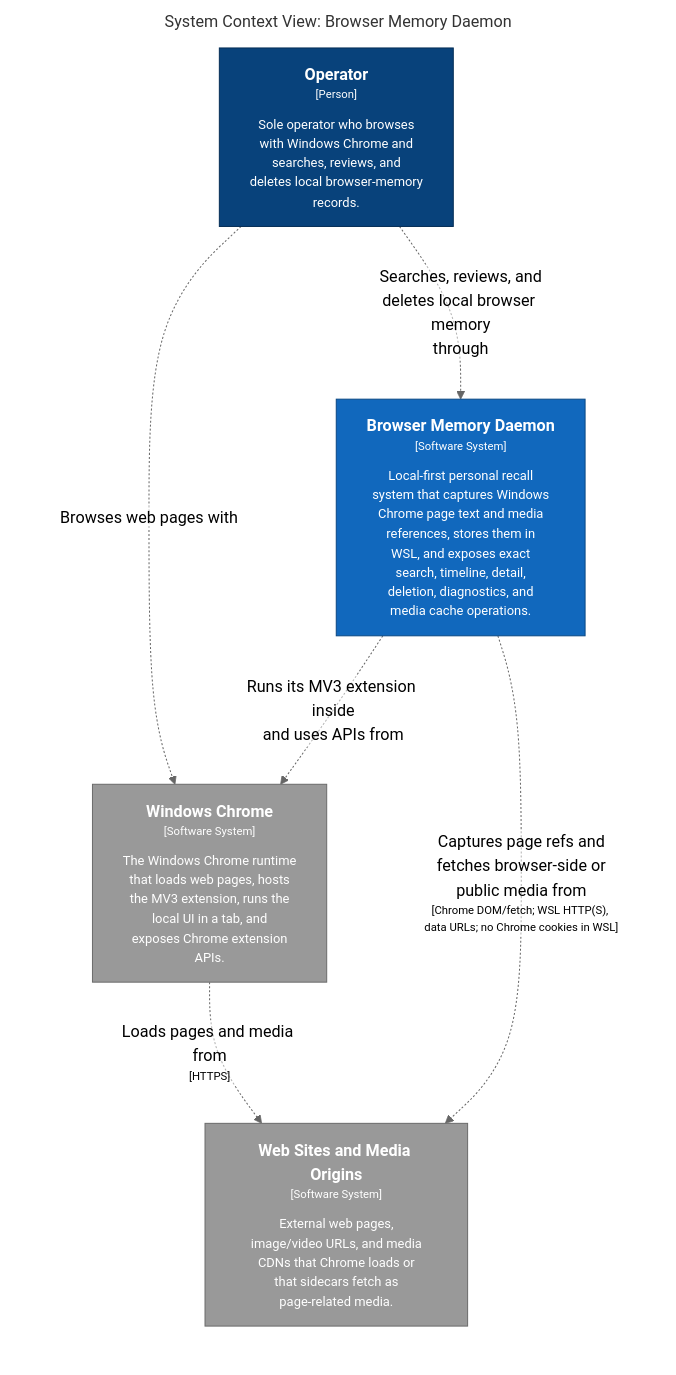
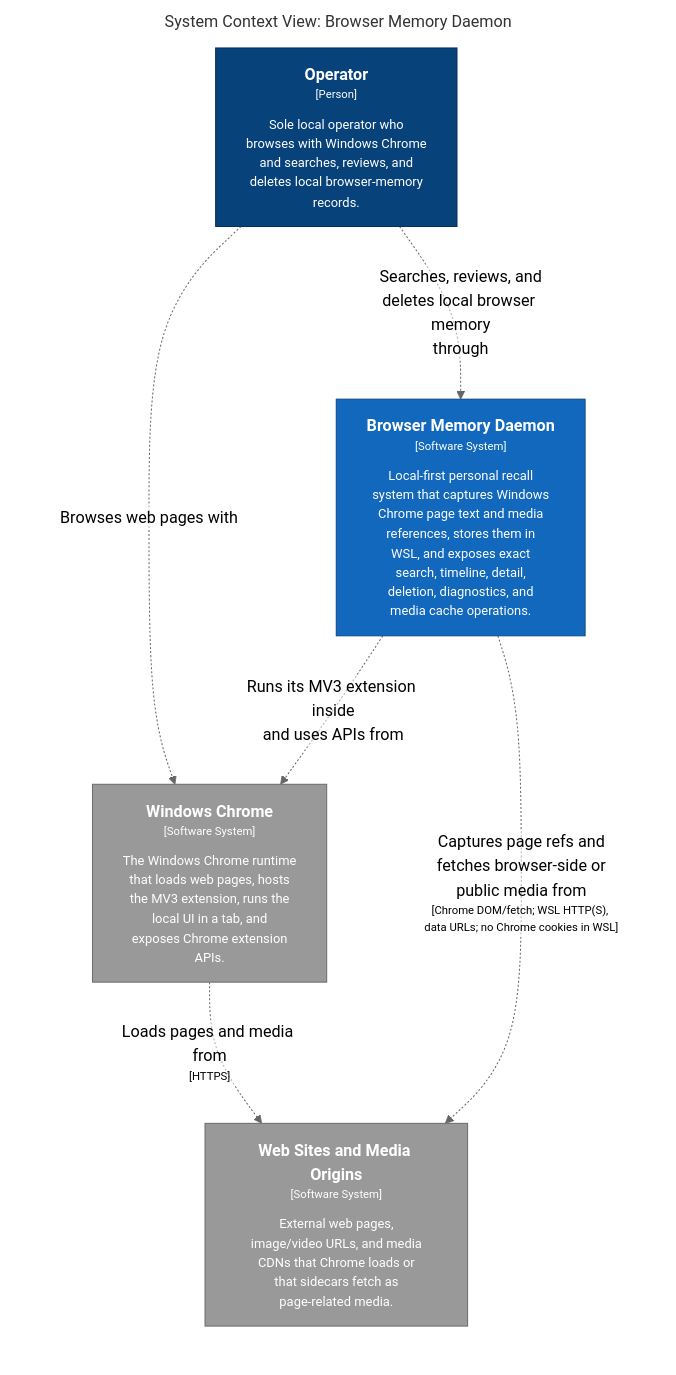
The diagram in docs/architecture/diagrams/markdown/SystemContext.md (michaelnicks0/browser-memory-daemon), drawn with Mermaid (neutral theme) before and after one commit. The commit also changed 39 other files, not shown here.

````diff
--- a/docs/architecture/diagrams/markdown/SystemContext.md
+++ b/docs/architecture/diagrams/markdown/SystemContext.md
@@ -16,24 +16,24 @@
 ```mermaid
 graph LR
   linkStyle default fill:#ffffff
 
   subgraph diagram ["System Context View: Browser Memory Daemon"]
     style diagram fill:#ffffff,stroke:#ffffff
 
-    1["<div style='font-weight: bold'>Operator</div><div style='font-size: 70%; margin-top: 0px'>[Person]</div><div style='font-size: 80%; margin-top:10px'>Sole operator who browses<br />with Windows Chrome and<br />searches, reviews, and<br />deletes local browser-memory<br />records.</div>"]
+    1["<div style='font-weight: bold'>Operator</div><div style='font-size: 70%; margin-top: 0px'>[Person]</div><div style='font-size: 80%; margin-top:10px'>Sole local operator who<br />browses with Windows Chrome<br />and searches, reviews, and<br />deletes local browser-memory<br />records.</div>"]
     style 1 fill:#08427b,stroke:#052e56,color:#ffffff
     2["<div style='font-weight: bold'>Windows Chrome</div><div style='font-size: 70%; margin-top: 0px'>[Software System]</div><div style='font-size: 80%; margin-top:10px'>The Windows Chrome runtime<br />that loads web pages, hosts<br />the MV3 extension, runs the<br />local UI in a tab, and<br />exposes Chrome extension<br />APIs.</div>"]
     style 2 fill:#999999,stroke:#6b6b6b,color:#ffffff
     3["<div style='font-weight: bold'>Web Sites and Media Origins</div><div style='font-size: 70%; margin-top: 0px'>[Software System]</div><div style='font-size: 80%; margin-top:10px'>External web pages,<br />image/video URLs, and media<br />CDNs that Chrome loads or<br />that sidecars fetch as<br />page-related media.</div>"]
     style 3 fill:#999999,stroke:#6b6b6b,color:#ffffff
     4["<div style='font-weight: bold'>Browser Memory Daemon</div><div style='font-size: 70%; margin-top: 0px'>[Software System]</div><div style='font-size: 80%; margin-top:10px'>Local-first personal recall<br />system that captures Windows<br />Chrome page text and media<br />references, stores them in<br />WSL, and exposes exact<br />search, timeline, detail,<br />deletion, diagnostics, and<br />media cache operations.</div>"]
     style 4 fill:#1168bd,stroke:#0b4884,color:#ffffff
 
     1-. "<div>Browses web pages with</div><div style='font-size: 70%'></div>" .->2
     1-. "<div>Searches, reviews, and<br />deletes local browser memory<br />through</div><div style='font-size: 70%'></div>" .->4
     2-. "<div>Loads pages and media from</div><div style='font-size: 70%'>[HTTPS]</div>" .->3
     4-. "<div>Runs its MV3 extension inside<br />and uses APIs from</div><div style='font-size: 70%'></div>" .->2
     4-. "<div>Captures page refs and<br />fetches browser-side or<br />public media from</div><div style='font-size: 70%'>[Chrome DOM/fetch; WSL HTTP(S), data URLs; no Chrome cookies in WSL]</div>" .->3
 
   end
 ```
````
